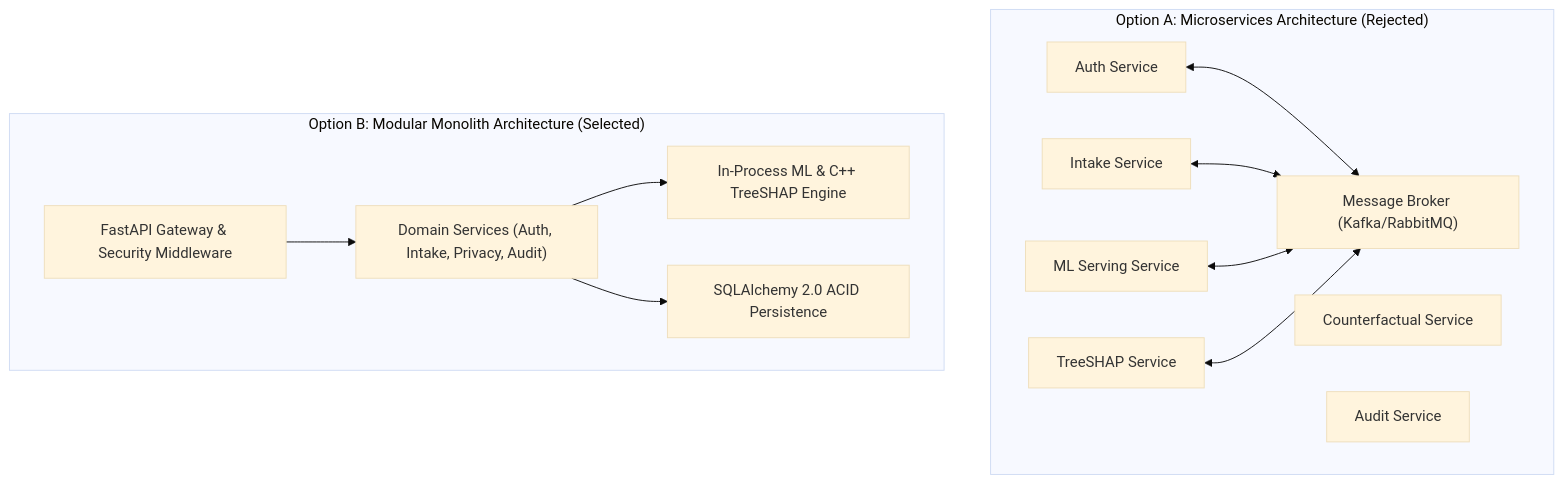
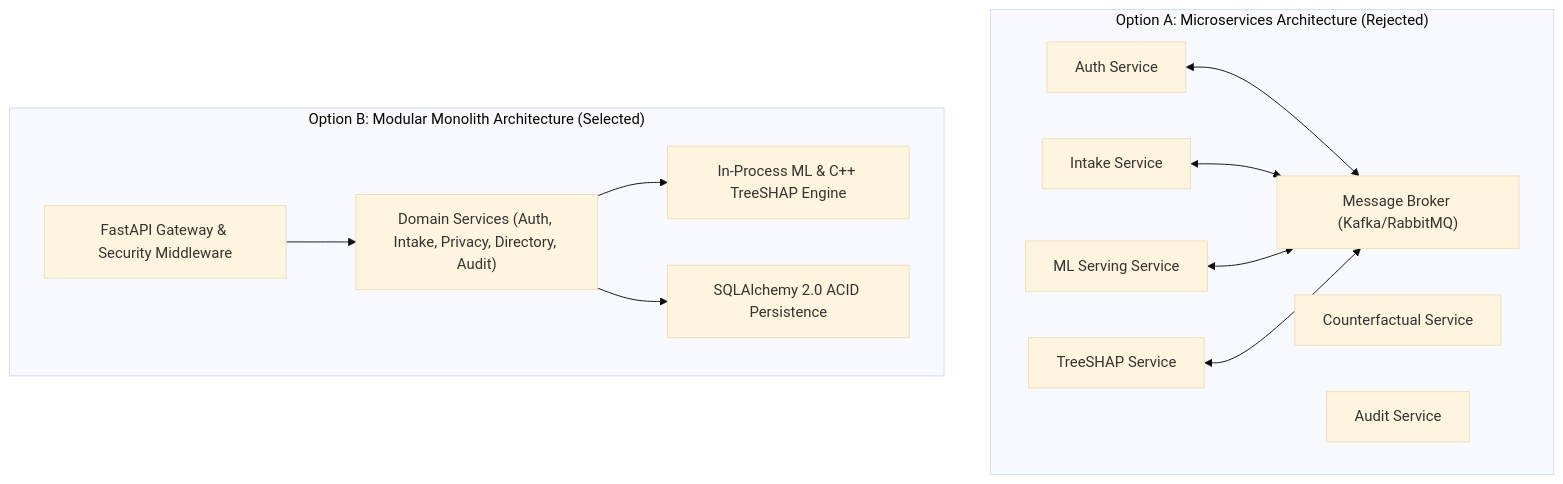
Before and after one commit to sandeep-kumar-270904/Heart-Disease-Risk-Prediction: the first of 2 diagrams in docs/SYSTEM_ARCHITECTURE_DOCUMENT.md, drawn with Mermaid (base theme). The commit also changed other lines of this file and 13 other files, not shown here.

Commit message:
docs(phase-3): remediate architecture review findings across geography, clinical bounds, database parity, and backup security

````diff
--- a/docs/SYSTEM_ARCHITECTURE_DOCUMENT.md
+++ b/docs/SYSTEM_ARCHITECTURE_DOCUMENT.md
@@ -23,26 +26,26 @@
 ```mermaid
 graph TD
     subgraph MicroservicesEval ["Option A: Microservices Architecture (Rejected)"]
         MSA_Auth["Auth Service"]
         MSA_Intake["Intake Service"]
         MSA_ML["ML Serving Service"]
         MSA_SHAP["TreeSHAP Service"]
         MSA_CF["Counterfactual Service"]
         MSA_Audit["Audit Service"]
         MSA_Broker["Message Broker (Kafka/RabbitMQ)"]
         MSA_Auth <--> MSA_Broker
         MSA_Intake <--> MSA_Broker
         MSA_ML <--> MSA_Broker
         MSA_SHAP <--> MSA_Broker
     end
 
     subgraph ModularMonolith ["Option B: Modular Monolith Architecture (Selected)"]
         MM_API["FastAPI Gateway & Security Middleware"]
-        MM_Core["Domain Services (Auth, Intake, Privacy, Audit)"]
+        MM_Core["Domain Services (Auth, Intake, Privacy, Directory, Audit)"]
         MM_ML["In-Process ML & C++ TreeSHAP Engine"]
         MM_DB["SQLAlchemy 2.0 ACID Persistence"]
         MM_API --> MM_Core
         MM_Core --> MM_ML
         MM_Core --> MM_DB
     end
 ```
````
